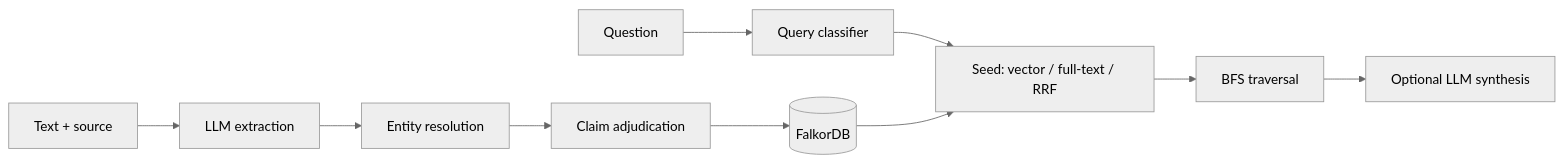
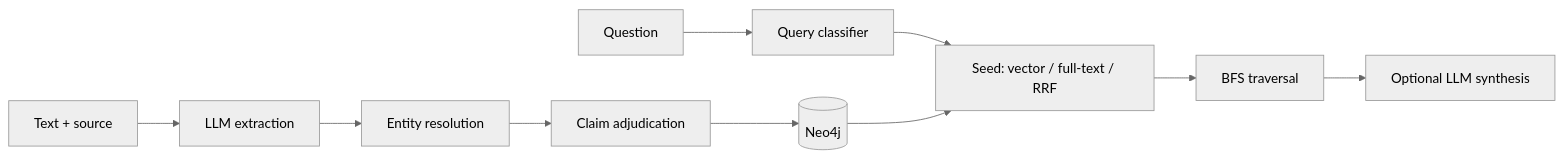
Before and after one commit to Pedro105/graphrag-retrieval-lab: the diagram in README.md, drawn with Mermaid (neutral theme). The commit also changed other lines of this file and 42 other files, not shown here.

First line of the commit message:
Port the graph store from FalkorDB to Neo4j

````diff
--- a/README.md
+++ b/README.md
@@ -26,12 +26,12 @@
 ```mermaid
 flowchart LR
     T[Text + source] --> X[LLM extraction]
     X --> R[Entity resolution]
     R --> A[Claim adjudication]
-    A --> G[(FalkorDB)]
+    A --> G[(Neo4j)]
     Q[Question] --> C[Query classifier]
     C --> S[Seed: vector / full-text / RRF]
     G --> S
     S --> B[BFS traversal]
     B --> Y[Optional LLM synthesis]
 ```
````
